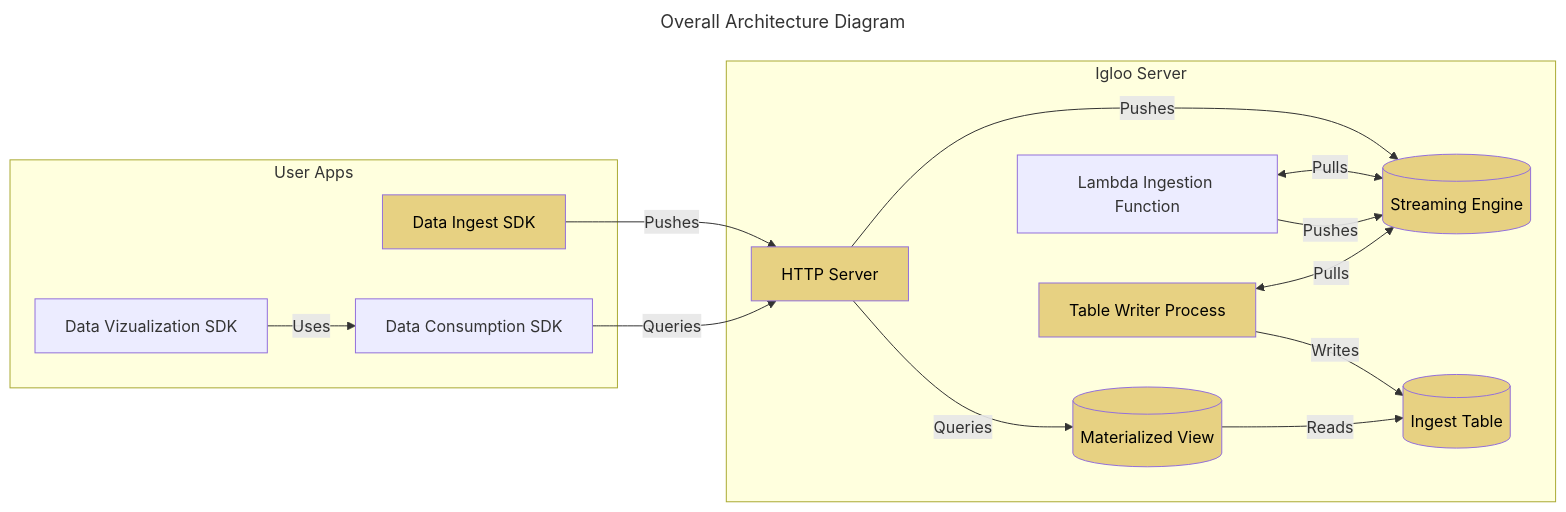
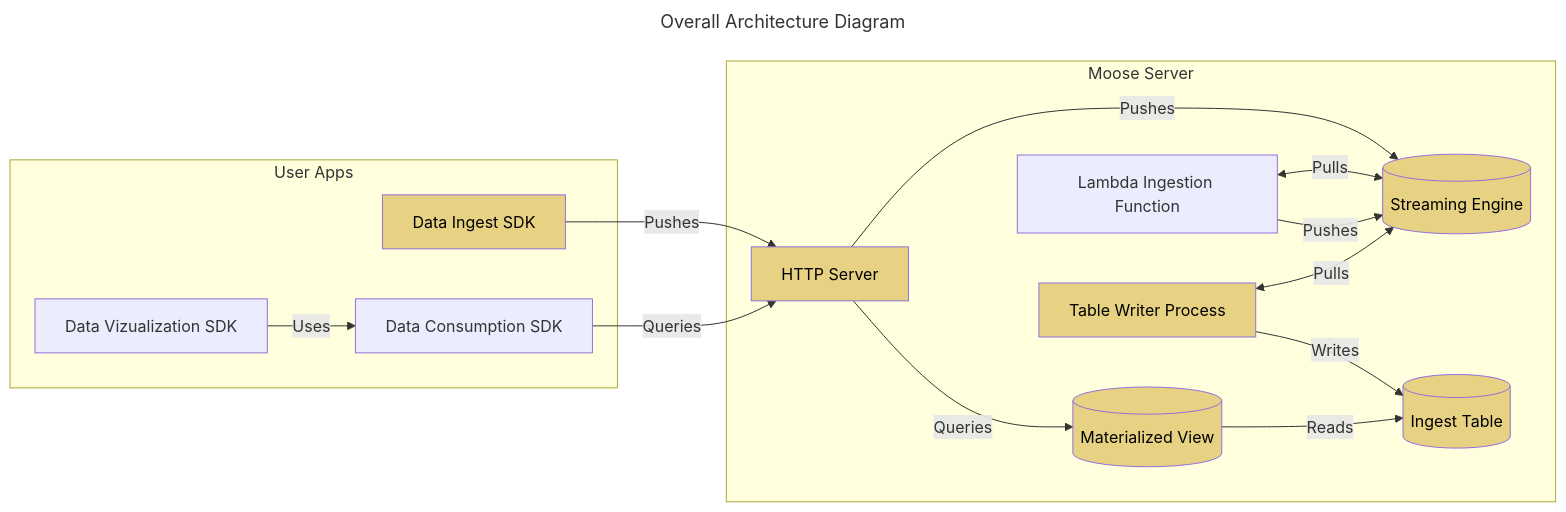
The second of 2 diagrams in rfd/0002/README.mdx (514-labs/moose), drawn with Mermaid before and after one commit. The commit also changed other lines of this file and 29 other files, not shown here.

````diff
--- a/rfd/0002/README.mdx
+++ b/rfd/0002/README.mdx
@@ -114,27 +114,27 @@
 ```mermaid
 ---
 title: Overall Architecture Diagram
 ---
 flowchart LR
-  subgraph Igloo Server
+  subgraph Moose Server
     HTTP[HTTP Server] --Pushes--> Stream[(Streaming Engine)]
     LambdaI[Lambda Ingestion Function] <-- Pulls --> Stream
     LambdaI --Pushes--> Stream
     Table[Table Writer Process] <--Pulls--> Stream
     Table --Writes-->OLAPI[(Ingest Table)]
     View[(Materialized View)] --Reads--> OLAPI
     HTTP --Queries-->View
   end
   subgraph User Apps
     sdk1[Data Ingest SDK]--Pushes-->HTTP
     sdk2[Data Consumption SDK]--Queries--> HTTP
     sdk3[Data Vizualization SDK]--Uses-->sdk2
   end
 
   style sdk1 fill:#E7D182,color:#000
   style Stream fill:#E7D182,color:#000
   style Table fill:#E7D182,color:#000
   style OLAPI fill:#E7D182,color:#000
   style View fill:#E7D182,color:#000
   style HTTP fill:#E7D182,color:#000
 ```
````
